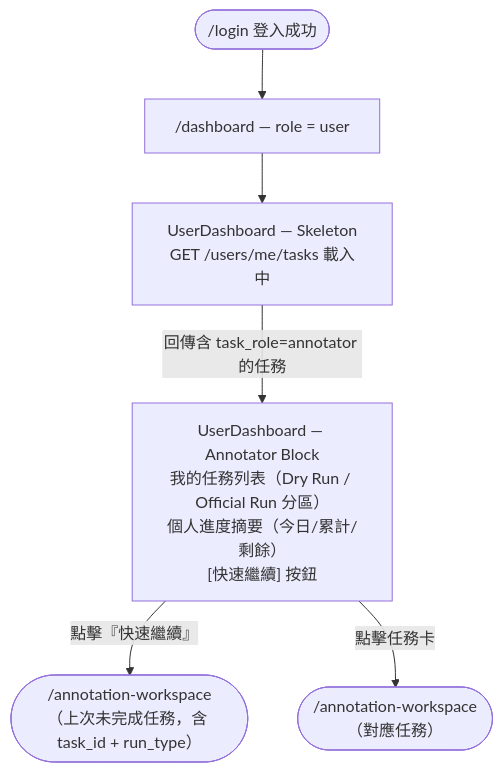
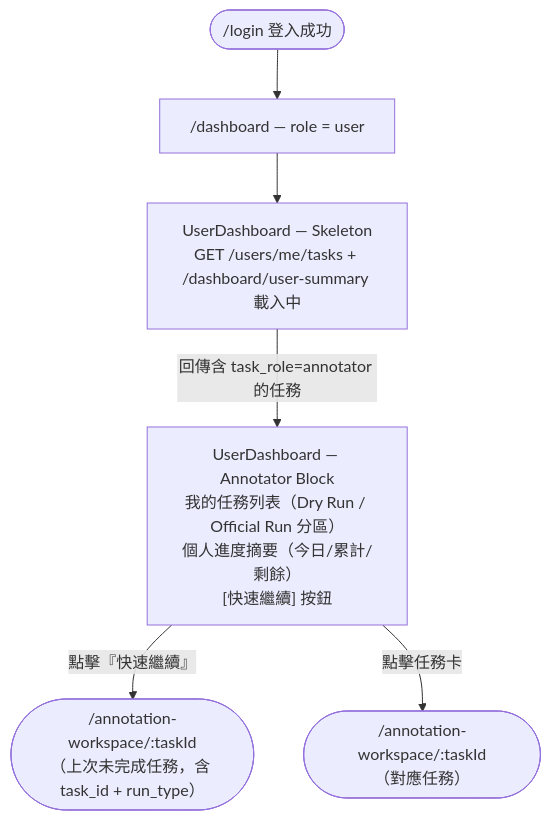
The sixth of 7 diagrams in specs/dashboard/012-dashboard/spec.md (singyichen/label-suite), drawn with Mermaid before and after one commit. The commit also changed other lines of this file and 19 other files, not shown here.

First line of the commit message:
feat(prototype): role-based demo flow — login role selector + proto-bar (#29)

````diff
--- a/specs/dashboard/012-dashboard/spec.md
+++ b/specs/dashboard/012-dashboard/spec.md
@@ -270,8 +313,8 @@
 ```mermaid
 flowchart TD
     A(["/login 登入成功"]) --> B["/dashboard — role = user"]
-    B --> C["UserDashboard — Skeleton\nGET /users/me/tasks 載入中"]
+    B --> C["UserDashboard — Skeleton\nGET /users/me/tasks + /dashboard/user-summary 載入中"]
     C -->|"回傳含 task_role=annotator 的任務"| D["UserDashboard — Annotator Block\n我的任務列表（Dry Run / Official Run 分區）\n個人進度摘要（今日/累計/剩餘）\n[快速繼續] 按鈕"]
-    D -->|"點擊『快速繼續』"| E(["/annotation-workspace\n（上次未完成任務，含 task_id + run_type）"])
-    D -->|"點擊任務卡"| F(["/annotation-workspace\n（對應任務）"])
+    D -->|"點擊『快速繼續』"| E(["/annotation-workspace/:taskId\n（上次未完成任務，含 task_id + run_type）"])
+    D -->|"點擊任務卡"| F(["/annotation-workspace/:taskId\n（對應任務）"])
 ```
````
